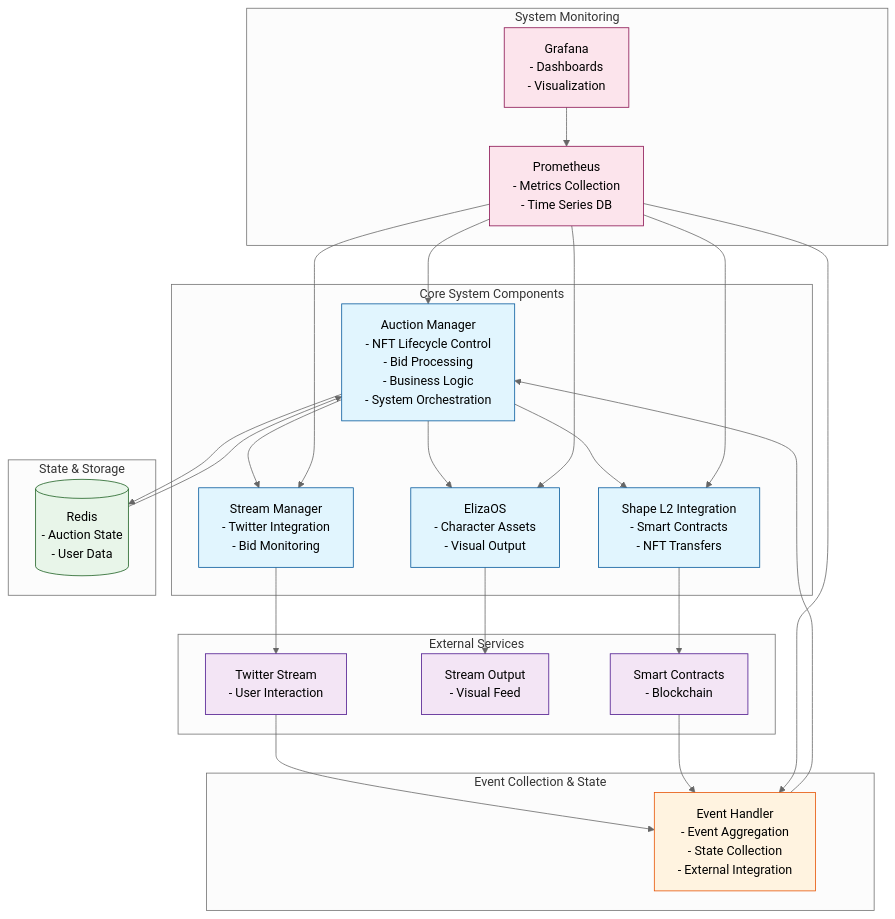
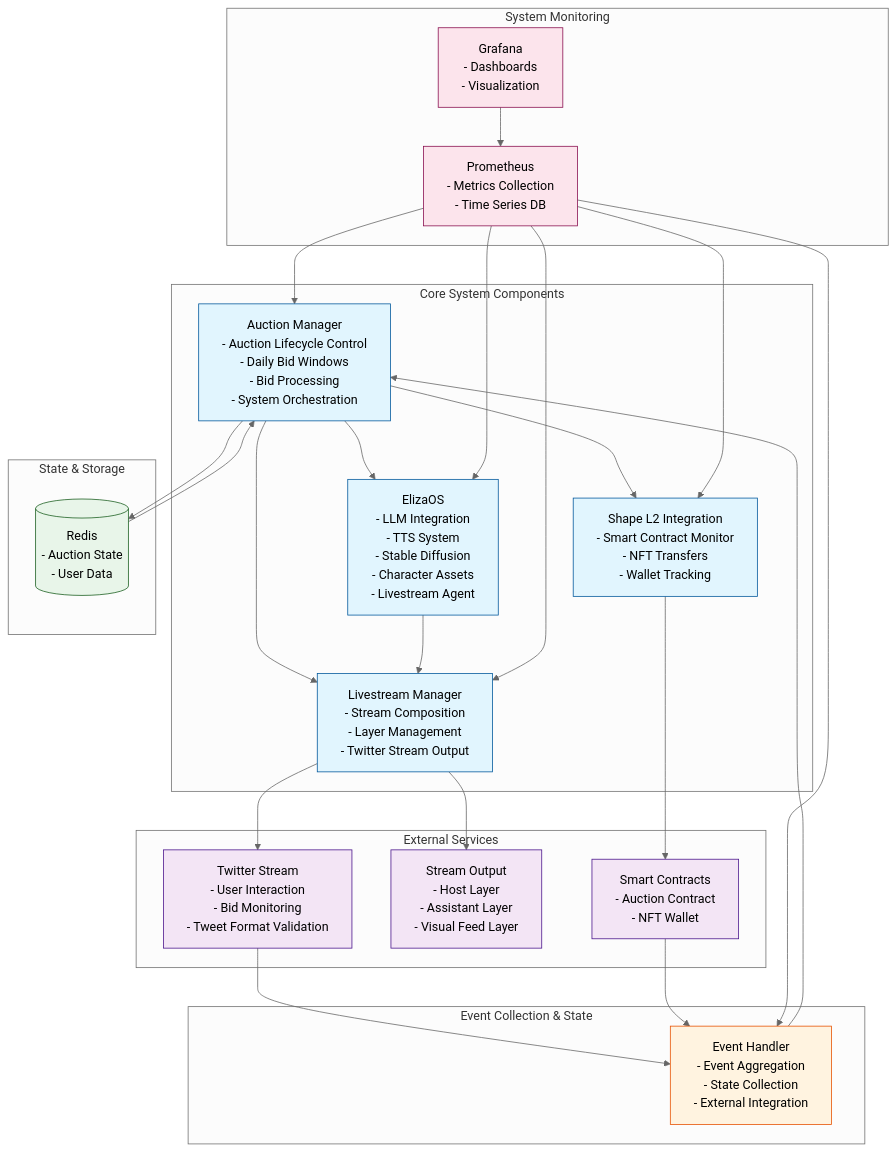
The diagram in docs/nft-auction-arch.md (bigshellpliskin/sothebais), drawn with Mermaid (neutral theme) before and after one commit. The commit also changed other lines of this file and 19 other files, not shown here.

First line of the commit message:
Add auction-manager service and update Docker configuration

````diff
--- a/docs/nft-auction-arch.md
+++ b/docs/nft-auction-arch.md
@@ -1,73 +1,74 @@
 ```mermaid
 graph TD
     %% Core System Components
     subgraph CoreSystem[Core System Components]
-        AM[Auction Manager<br>- NFT Lifecycle Control<br>- Bid Processing<br>- Business Logic<br>- System Orchestration]
-        SM[Stream Manager<br>- Twitter Integration<br>- Bid Monitoring]
-        EL[ElizaOS<br>- Character Assets<br>- Visual Output]
-        SL[Shape L2 Integration<br>- Smart Contracts<br>- NFT Transfers]
+        AM[Auction Manager<br>- Auction Lifecycle Control<br>- Daily Bid Windows<br>- Bid Processing<br>- System Orchestration]
+        LM[Livestream Manager<br>- Stream Composition<br>- Layer Management<br>- Twitter Stream Output]
+        EL[ElizaOS<br>- LLM Integration<br>- TTS System<br>- Stable Diffusion<br>- Character Assets<br>- Livestream Agent]
+        SL[Shape L2 Integration<br>- Smart Contract Monitor<br>- NFT Transfers<br>- Wallet Tracking]
     end
 
     %% Event System
     subgraph EventSystem[Event Collection & State]
         EH[Event Handler<br>- Event Aggregation<br>- State Collection<br>- External Integration]
     end
 
     %% State Management
     subgraph StateManagement[State & Storage]
         DB[(Redis<br>- Auction State<br>- User Data)]
     end
 
     %% Monitoring System
     subgraph MonitoringSystem[System Monitoring]
         PR[Prometheus<br>- Metrics Collection<br>- Time Series DB]
         GF[Grafana<br>- Dashboards<br>- Visualization]
     end
 
     %% External Services
     subgraph ExternalServices[External Services]
-        TS[Twitter Stream<br>- User Interaction]
-        SO[Stream Output<br>- Visual Feed]
-        SC[Smart Contracts<br>- Blockchain]
+        TS[Twitter Stream<br>- User Interaction<br>- Bid Monitoring<br>- Tweet Format Validation]
+        SO[Stream Output<br>- Host Layer<br>- Assistant Layer<br>- Visual Feed Layer]
+        SC[Smart Contracts<br>- Auction Contract<br>- NFT Wallet]
     end
 
     %% Core Control Flow - Auction Manager Driven
-    AM --> SM
+    AM --> LM
     AM --> EL
     AM --> SL
     
     %% Event Handler as Aggregator
     EH --> AM
     TS --> EH
     SC --> EH
     
     %% Component to External Flow
-    SM --> TS
-    EL --> SO
+    LM --> TS
+    LM --> SO
+    EL --> LM
     SL --> SC
     
     %% State Connections
     DB --> AM
     AM --> DB
     
     %% Monitoring Connections
     PR --> AM
-    PR --> SM
+    PR --> LM
     PR --> EL
     PR --> SL
     PR --> EH
     GF --> PR
     
     %% Styling
     classDef core fill:#e1f5fe,stroke:#01579b
     classDef state fill:#e8f5e9,stroke:#1b5e20
     classDef event fill:#fff3e0,stroke:#e65100
     classDef monitoring fill:#fce4ec,stroke:#880e4f
     classDef external fill:#f3e5f5,stroke:#4a148c
     
-    class AM,SM,EL,SL core
+    class AM,LM,EL,SL core
     class DB state
     class EH event
     class PR,GF monitoring
     class TS,SO,SC external
 ```
````
